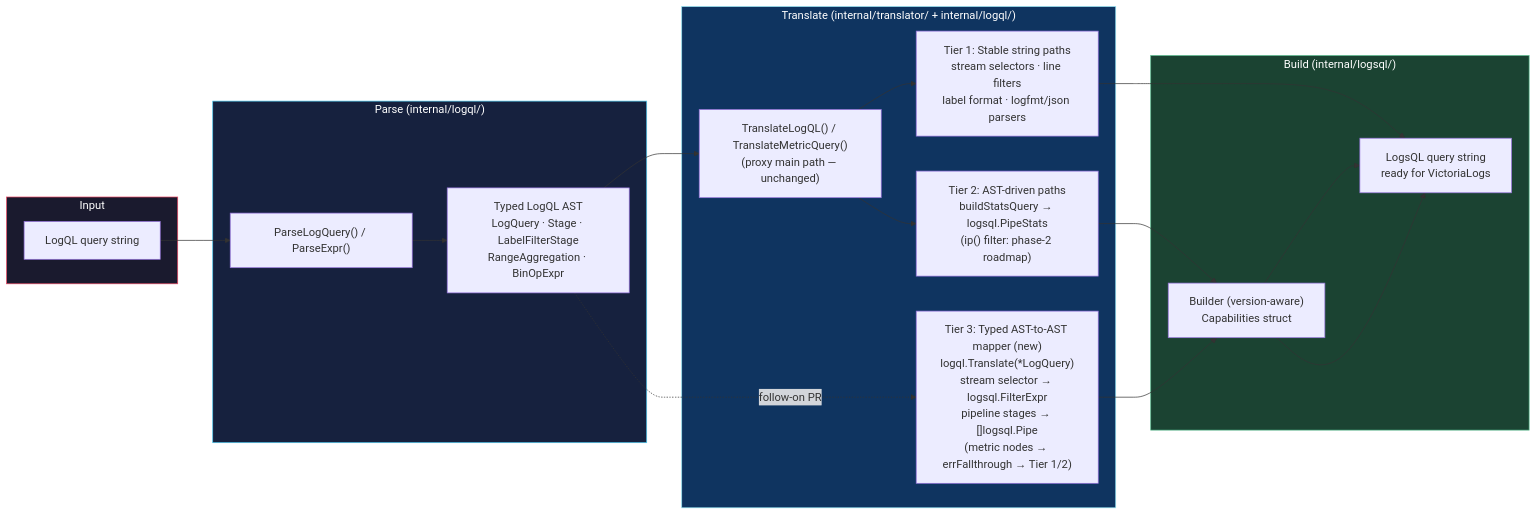
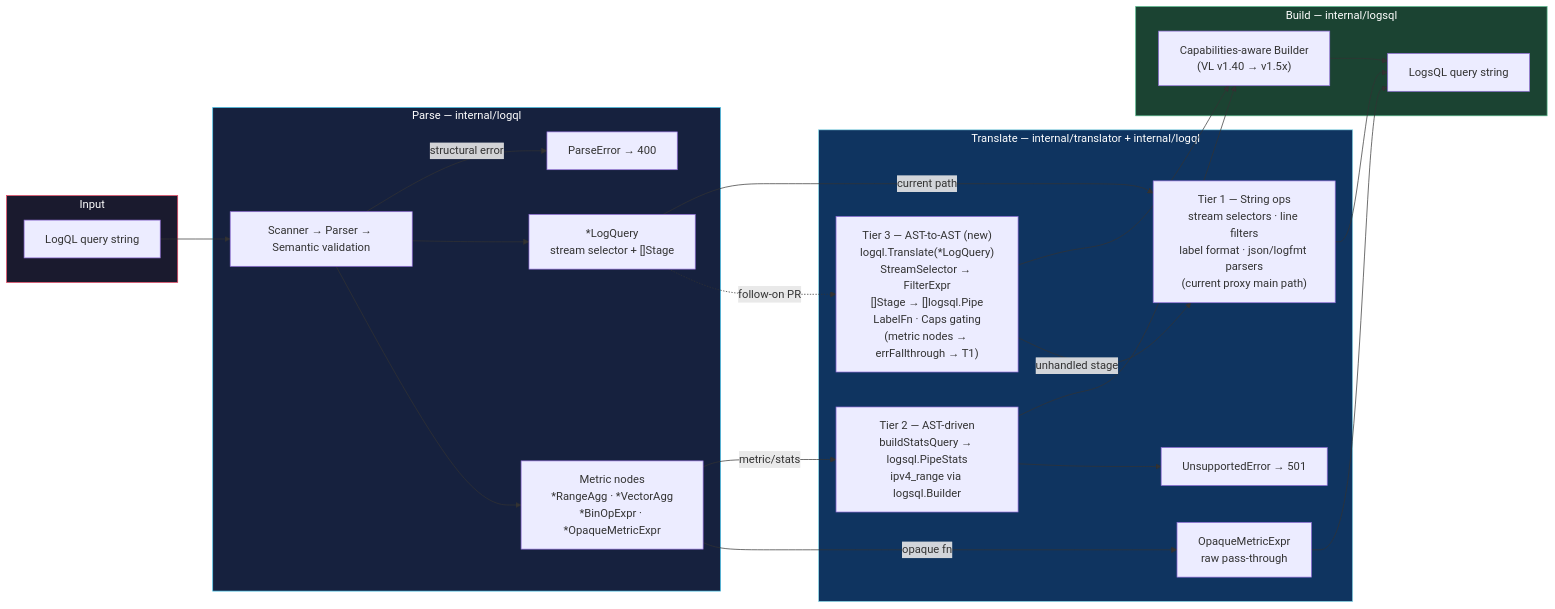
One commit to ReliablyObserve/loki-vl-proxy changed the seventh of 7 diagrams in docs/architecture.md. Above: the diagram before and after it, drawn with Mermaid. The commit also changed other lines of this file and 1 other file, not shown here.

Commit message:
docs: add full LogQL→LogsQL query flow with stage mapping and edge cases
- logql-parser.md: rewrite Data Flow diagram to show complete pipeline
  (parse → route → AST-to-AST / string translator → logsql.Builder → VL),
  add Translation section with stage-to-pipe mapping table covering all
  LogQL stages and their LogsQL equivalents or errFallthrough conditions,
  add edge cases table (empty selector, dot labels, OpaqueMetricExpr,
  Capabilities gating, UnsupportedError, semantic rejections)
- architecture.md: update Translation Pipeline mermaid to show Tier 1/2/3
  explicitly with routing decisions, ParseError and UnsupportedError paths,
  OpaqueMetricExpr raw pass-through, and follow-on PR dashed edge

````diff
--- a/docs/architecture.md
+++ b/docs/architecture.md
@@ -383,33 +385,49 @@
 ```mermaid
 flowchart LR
     subgraph Input["Input"]
         LQ["LogQL query string"]
     end
 
-    subgraph Parse["Parse (internal/logql/)"]
-        PARSE["ParseLogQuery() / ParseExpr()"]
-        AST1["Typed LogQL AST\nLogQuery · Stage · LabelFilterStage\nRangeAggregation · BinOpExpr"]
+    subgraph Parse["Parse — internal/logql"]
+        PARSE["Scanner → Parser → Semantic validation"]
+        PERR["ParseError → 400"]
+        AST_LOG["*LogQuery\nstream selector + []Stage"]
+        AST_MET["Metric nodes\n*RangeAgg · *VectorAgg\n*BinOpExpr · *OpaqueMetricExpr"]
     end
 
-    subgraph Translate["Translate (internal/translator/ + internal/logql/)"]
-        TR["TranslateLogQL() / TranslateMetricQuery()\n(proxy main path — unchanged)"]
-        TIER1["Tier 1: Stable string paths\nstream selectors · line filters\nlabel format · logfmt/json parsers"]
-        TIER2["Tier 2: AST-driven paths\nbuildStatsQuery → logsql.PipeStats\n(ip() filter: phase-2 roadmap)"]
-        TIER3["Tier 3: Typed AST-to-AST mapper (new)\nlogql.Translate(*LogQuery)\nstream selector → logsql.FilterExpr\npipeline stages → []logsql.Pipe\n(metric nodes → errFallthrough → Tier 1/2)"]
+    subgraph Translate["Translate — internal/translator + internal/logql"]
+        T1["Tier 1 — String ops\nstream selectors · line filters\nlabel format · json/logfmt parsers\n(current proxy main path)"]
+        T2["Tier 2 — AST-driven\nbuildStatsQuery → logsql.PipeStats\nipv4_range via logsql.Builder"]
+        T3["Tier 3 — AST-to-AST (new)\nlogql.Translate(*LogQuery)\nStreamSelector → FilterExpr\n[]Stage → []logsql.Pipe\nLabelFn · Caps gating\n(metric nodes → errFallthrough → T1)"]
+        UNSUP["UnsupportedError → 501"]
+        RAW["OpaqueMetricExpr\nraw pass-through"]
     end
 
-    subgraph Build["Build (internal/logsql/)"]
-        BUILDER["Builder (version-aware)\nCapabilities struct"]
-        LOGSQL["LogsQL query string\nready for VictoriaLogs"]
+    subgraph Build["Build — internal/logsql"]
+        BUILDER["Capabilities-aware Builder\n(VL v1.40 → v1.5x)"]
+        LOGSQL["LogsQL query string"]
     end
 
-    LQ --> PARSE --> AST1 --> TR
-    TR --> TIER1 --> LOGSQL
-    TR --> TIER2 --> BUILDER --> LOGSQL
-    AST1 -.->|"follow-on PR"| TIER3 --> BUILDER --> LOGSQL
+    LQ --> PARSE
+    PARSE -->|"structural error"| PERR
+    PARSE --> AST_LOG
+    PARSE --> AST_MET
+
+    AST_LOG -->|"current path"| T1
+    AST_LOG -.->|"follow-on PR"| T3
+    AST_MET -->|"metric/stats"| T2
+    AST_MET -->|"opaque fn"| RAW
+
+    T1 --> LOGSQL
+    T2 --> BUILDER --> LOGSQL
+    T2 --> UNSUP
+    T3 --> BUILDER
+    T3 -->|"unhandled stage"| T1
+
+    RAW --> LOGSQL
 
     style Input fill:#1a1a2e,stroke:#e94560,color:#fff
     style Parse fill:#16213e,stroke:#4cc9f0,color:#fff
     style Translate fill:#0f3460,stroke:#90e0ef,color:#fff
     style Build fill:#1b4332,stroke:#52b788,color:#fff
 ```
````
